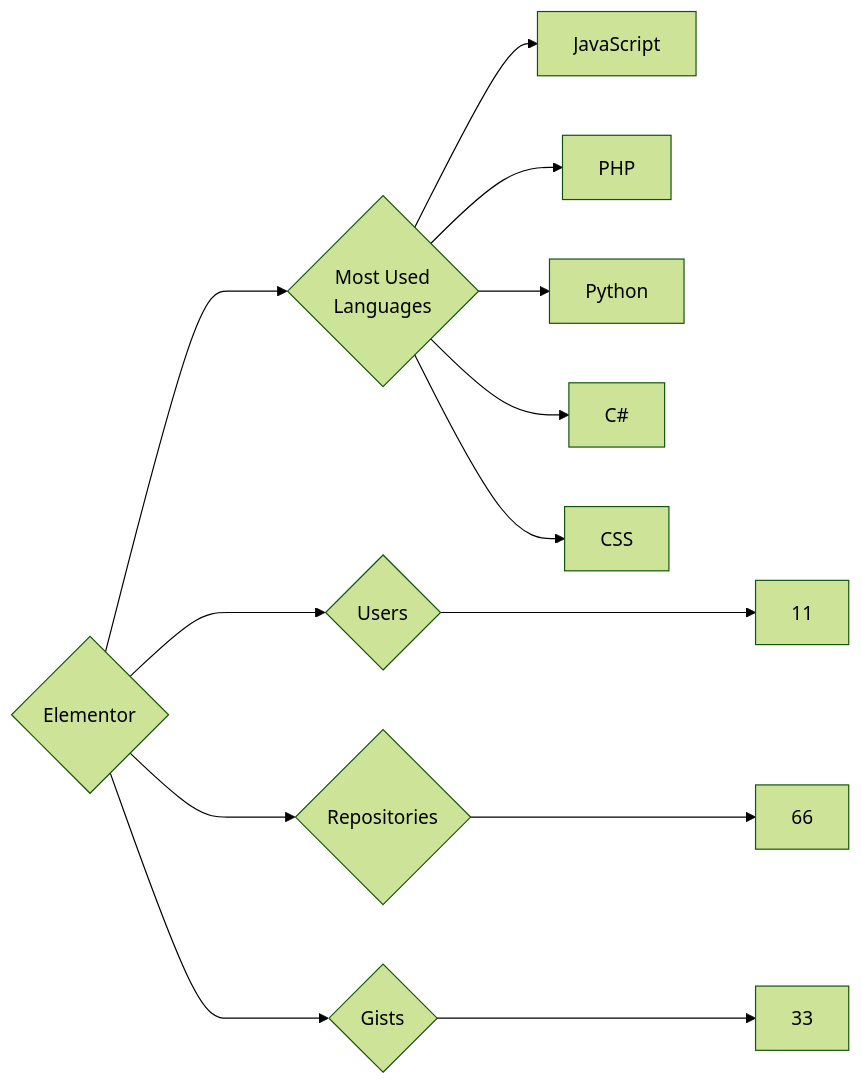
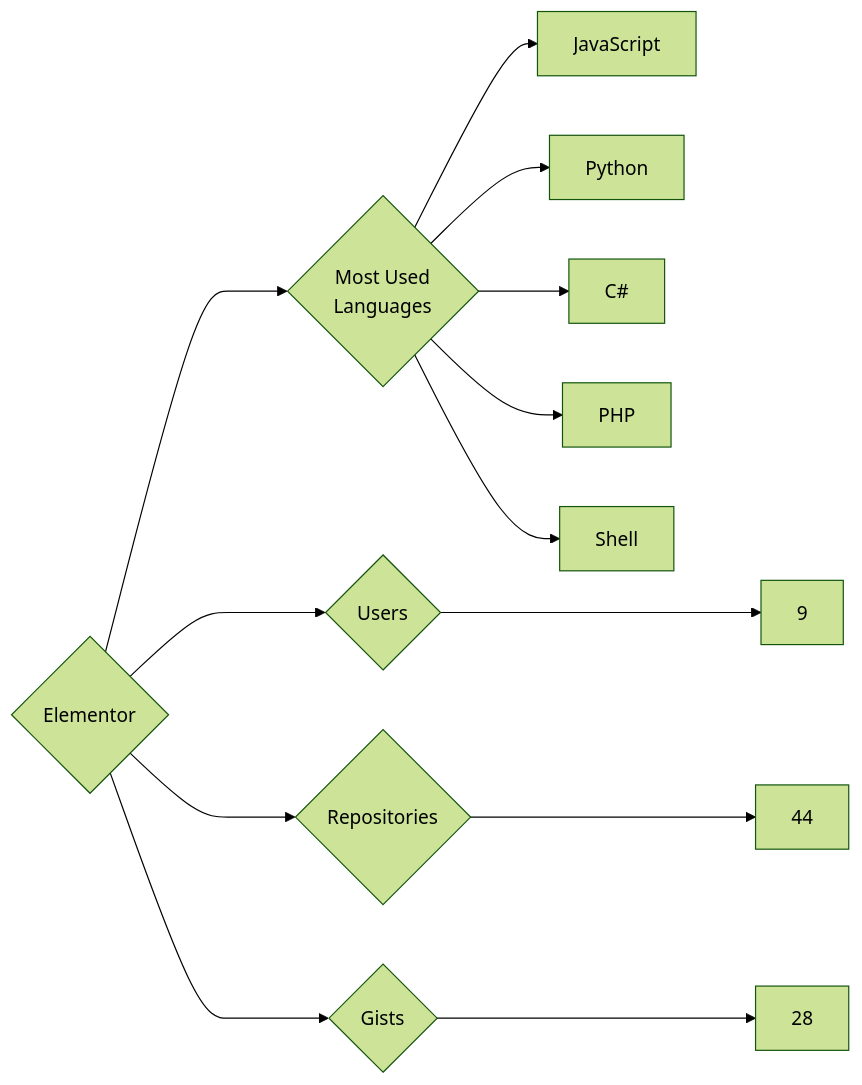
One commit to trickest/insiders changed the diagram in targets/Elementor/README.md. Above: the diagram before and after it, drawn with Mermaid (forest theme). The commit also changed 900 other files, not shown here.

````diff
--- a/targets/Elementor/README.md
+++ b/targets/Elementor/README.md
@@ -3,13 +3,13 @@
 ```mermaid
 graph LR
 COMPANY_NAME{Elementor}
-COMPANY_NAME ---> U{Users} ---> UN[11]
-COMPANY_NAME ---> R{Repositories} ---> RN[66]
-COMPANY_NAME ---> G{Gists} ---> GN[33]
+COMPANY_NAME ---> U{Users} ---> UN[9]
+COMPANY_NAME ---> R{Repositories} ---> RN[44]
+COMPANY_NAME ---> G{Gists} ---> GN[28]
 COMPANY_NAME ---> ML{Most Used<br>Languages}
 ML --> JavaScript[JavaScript]
-ML --> PHP[PHP]
 ML --> Python[Python]
 ML --> C#[C#]
-ML --> CSS[CSS]
+ML --> PHP[PHP]
+ML --> Shell[Shell]
 ```
````
